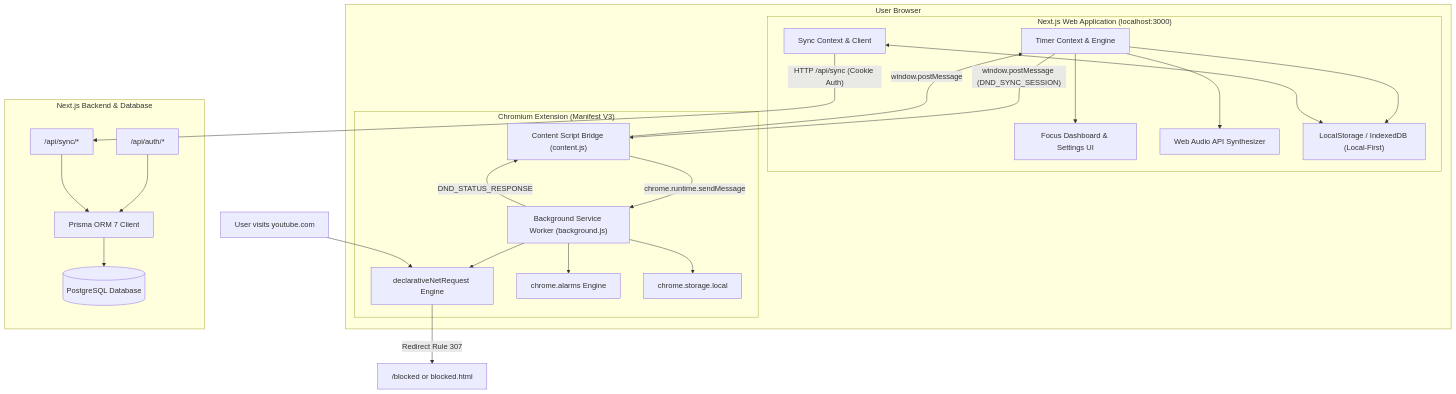
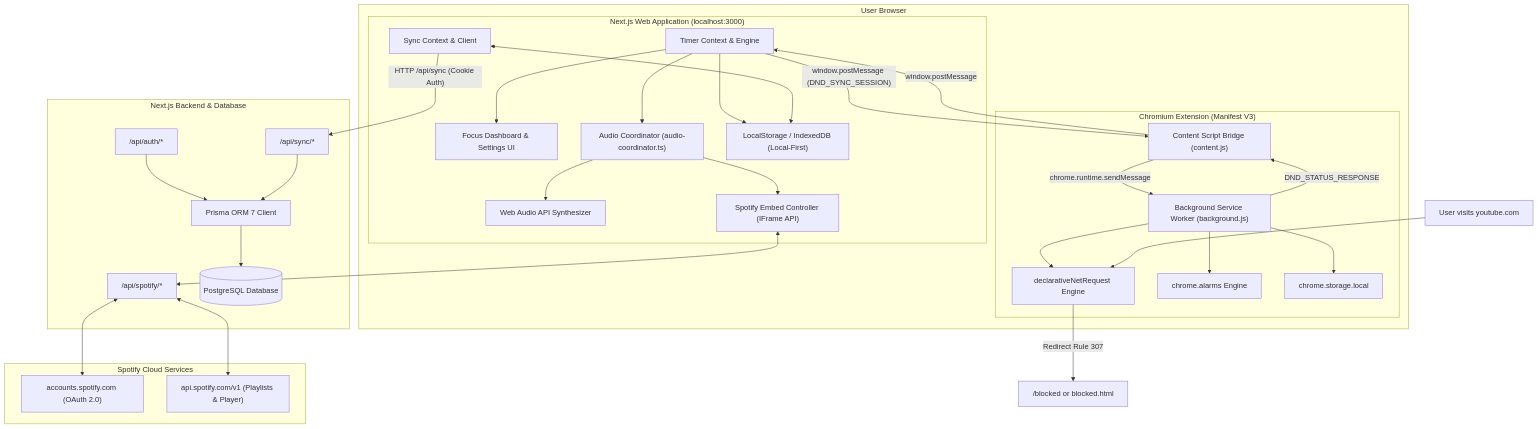
One commit to LeoDivine/do-not-disturb changed the first of 2 diagrams in docs/architecture.md. Above: the diagram before and after it, drawn with Mermaid. The commit also changed other lines of this file and 34 other files, not shown here.

First line of the commit message:
feat: add Spotify integration for focus music and playlists

````diff
--- a/docs/architecture.md
+++ b/docs/architecture.md
@@ -14,52 +15,67 @@
 ```mermaid
 flowchart TD
     subgraph Browser ["User Browser"]
         subgraph WebApp ["Next.js Web Application (localhost:3000)"]
             UI["Focus Dashboard & Settings UI"]
             TimerCtx["Timer Context & Engine"]
+            AudioCoord["Audio Coordinator (audio-coordinator.ts)"]
             SoundSynth["Web Audio API Synthesizer"]
+            SpotifyEmbed["Spotify Embed Controller (IFrame API)"]
             LocalStore["LocalStorage / IndexedDB (Local-First)"]
             SyncCtx["Sync Context & Client"]
         end
 
         subgraph Ext ["Chromium Extension (Manifest V3)"]
             ContentBridge["Content Script Bridge (content.js)"]
             ServiceWorker["Background Service Worker (background.js)"]
             DNR["declarativeNetRequest Engine"]
             Alarms["chrome.alarms Engine"]
             ExtStorage["chrome.storage.local"]
         end
     end
 
     subgraph Backend ["Next.js Backend & Database"]
         AuthAPI["/api/auth/*"]
+        SpotifyAPI["/api/spotify/*"]
         SyncAPI["/api/sync/*"]
         PrismaClient["Prisma ORM 7 Client"]
         PostgresDB[("PostgreSQL Database")]
     end
 
+    subgraph ExternalSpotify ["Spotify Cloud Services"]
+        Accounts["accounts.spotify.com (OAuth 2.0)"]
+        WebAPI["api.spotify.com/v1 (Playlists & Player)"]
+    end
+
     %% Web App internal flows
     TimerCtx --> UI
-    TimerCtx --> SoundSynth
+    TimerCtx --> AudioCoord
+    AudioCoord --> SoundSynth
+    AudioCoord --> SpotifyEmbed
     TimerCtx --> LocalStore
     SyncCtx <--> LocalStore
+
+    %% Spotify Backend & Cloud flows
+    SpotifyAPI <--> Accounts
+    SpotifyAPI <--> WebAPI
+    SpotifyEmbed <--> SpotifyAPI
 
     %% Extension & Web App communication
     TimerCtx -- "window.postMessage (DND_SYNC_SESSION)" --> ContentBridge
     ContentBridge -- "chrome.runtime.sendMessage" --> ServiceWorker
     ServiceWorker --> DNR
     ServiceWorker --> Alarms
     ServiceWorker --> ExtStorage
     ServiceWorker -- "DND_STATUS_RESPONSE" --> ContentBridge
     ContentBridge -- "window.postMessage" --> TimerCtx
 
     %% Cloud Sync flows
     SyncCtx -- "HTTP /api/sync (Cookie Auth)" --> SyncAPI
     AuthAPI --> PrismaClient
     SyncAPI --> PrismaClient
     PrismaClient --> PostgresDB
 
     %% External Navigation deflection
     DistractionSite["User visits youtube.com"] --> DNR
     DNR -- "Redirect Rule 307" --> BlockedPage["/blocked or blocked.html"]
 ```
````
